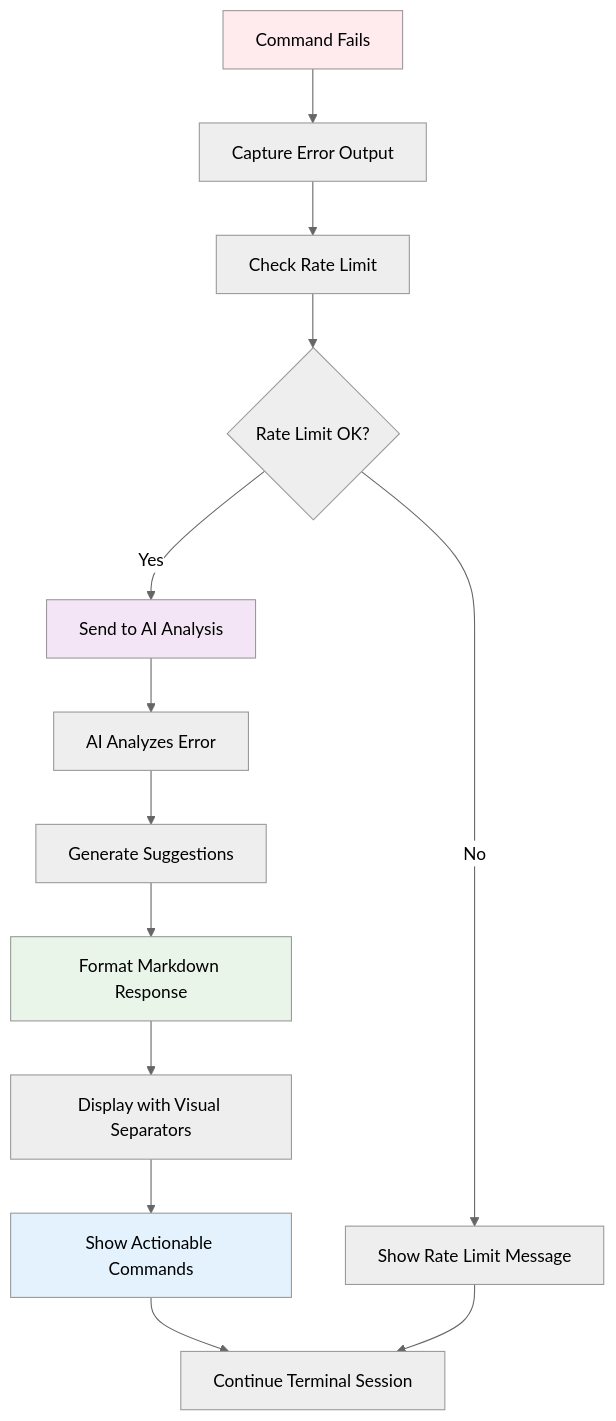
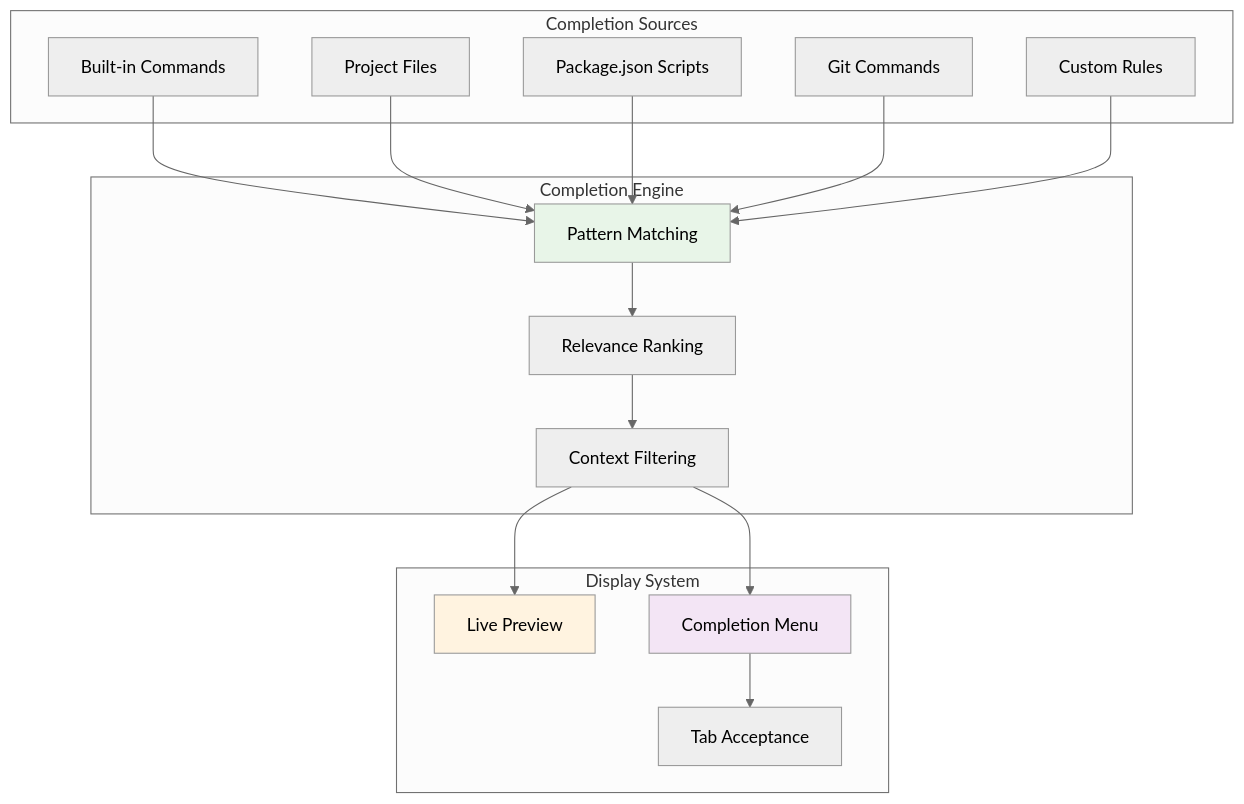
One commit to sbeeredd04/auto-git changed the sixth of 6 diagrams in gitcue/src/terminal/README.md. Above: the diagram before and after it, drawn with Mermaid (neutral theme). The commit also changed other lines of this file and 1 other file, not shown here.

First line of the commit message:
docs(terminal): Refactor README for clarity

````diff
--- a/gitcue/src/terminal/README.md
+++ b/gitcue/src/terminal/README.md
@@ -500,24 +446,39 @@
 ```mermaid
-flowchart TD
-    A[Command Fails] --> B[Capture Error Output]
-    B --> C[Check Rate Limit]
-    C --> D{Rate Limit OK?}
+graph TB
+    subgraph "Completion Sources"
+        BUILTIN[Built-in Commands]
+        PROJECT[Project Files]
+        SCRIPTS[Package.json Scripts]
+        GIT[Git Commands]
+        CUSTOM[Custom Rules]
+    end
     
-    D -->|No| E[Show Rate Limit Message]
-    D -->|Yes| F[Send to AI Analysis]
+    subgraph "Completion Engine"
+        MATCH[Pattern Matching]
+        RANK[Relevance Ranking]
+        FILTER[Context Filtering]
+    end
     
-    F --> G[AI Analyzes Error]
-    G --> H[Generate Suggestions]
-    H --> I[Format Markdown Response]
-    I --> J[Display with Visual Separators]
+    subgraph "Display System"
+        TRANSLUCENT[Live Preview]
+        MENU[Completion Menu]
+        ACCEPT[Tab Acceptance]
+    end
     
-    J --> K[Show Actionable Commands]
-    K --> L[Continue Terminal Session]
+    BUILTIN --> MATCH
+    PROJECT --> MATCH
+    SCRIPTS --> MATCH
+    GIT --> MATCH
+    CUSTOM --> MATCH
     
-    E --> L
+    MATCH --> RANK
+    RANK --> FILTER
     
-    style A fill:#ffebee
-    style F fill:#f3e5f5
-    style I fill:#e8f5e8
-    style K fill:#e3f2fd
+    FILTER --> TRANSLUCENT
+    FILTER --> MENU
+    MENU --> ACCEPT
+    
+    style MATCH fill:#e8f5e8
+    style TRANSLUCENT fill:#fff3e0
+    style MENU fill:#f3e5f5
 ```
````
